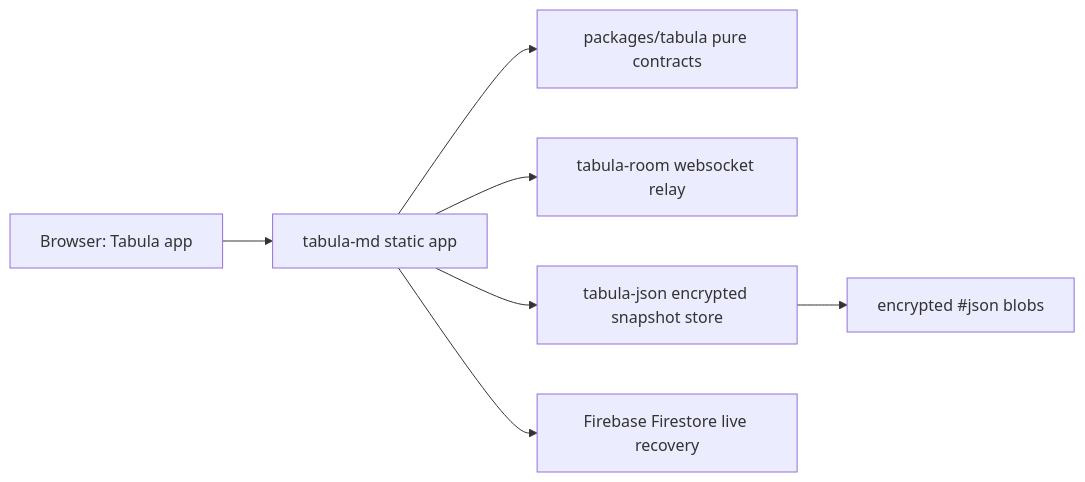
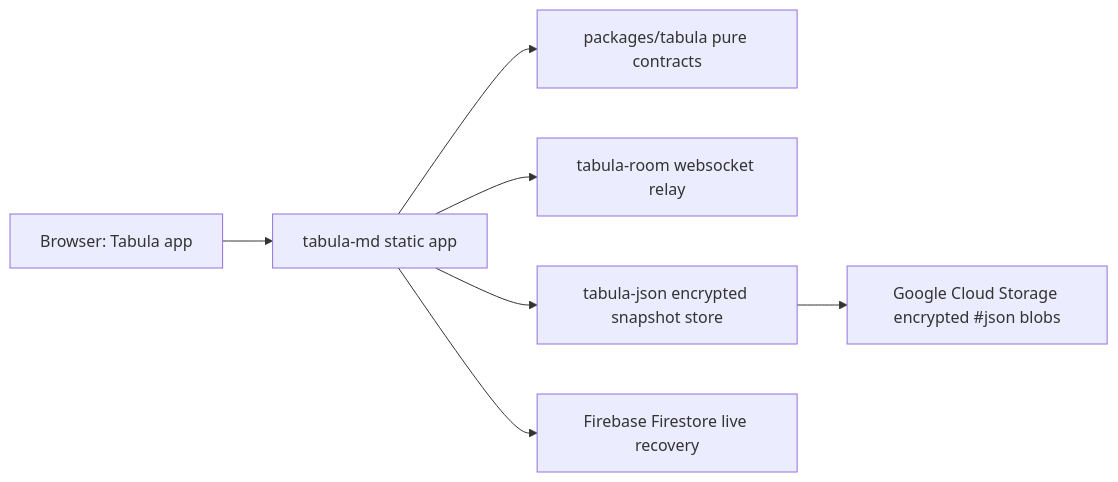
Before and after one commit to tabula-md/tabula-md: the diagram in docs/self-hosting.md, drawn with Mermaid. The commit also changed other lines of this file and 13 other files, not shown here.

````diff
--- a/docs/self-hosting.md
+++ b/docs/self-hosting.md
@@ -7,9 +7,9 @@
 ```mermaid
 flowchart LR
   user["Browser: Tabula app"] --> app["tabula-md static app"]
   app --> core["packages/tabula pure contracts"]
   app --> room["tabula-room websocket relay"]
   app --> json["tabula-json encrypted snapshot store"]
   app --> firebase["Firebase Firestore live recovery"]
-  json --> objectStorage["encrypted #json blobs"]
+  json --> objectStorage["Google Cloud Storage encrypted #json blobs"]
 ```
````
